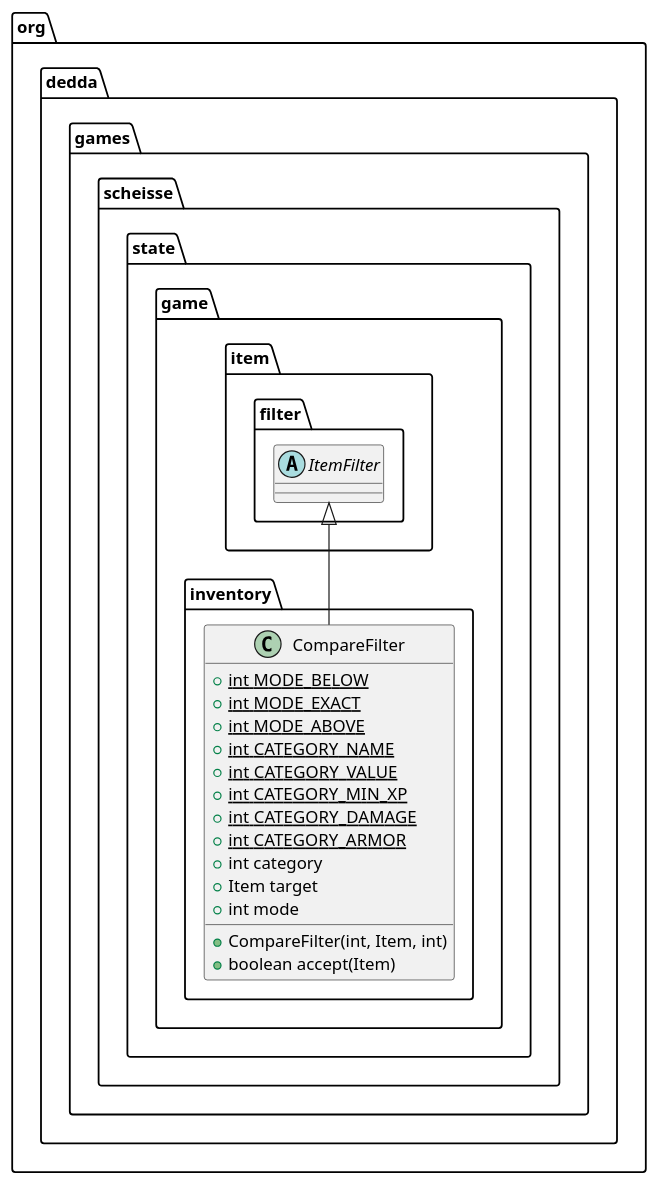
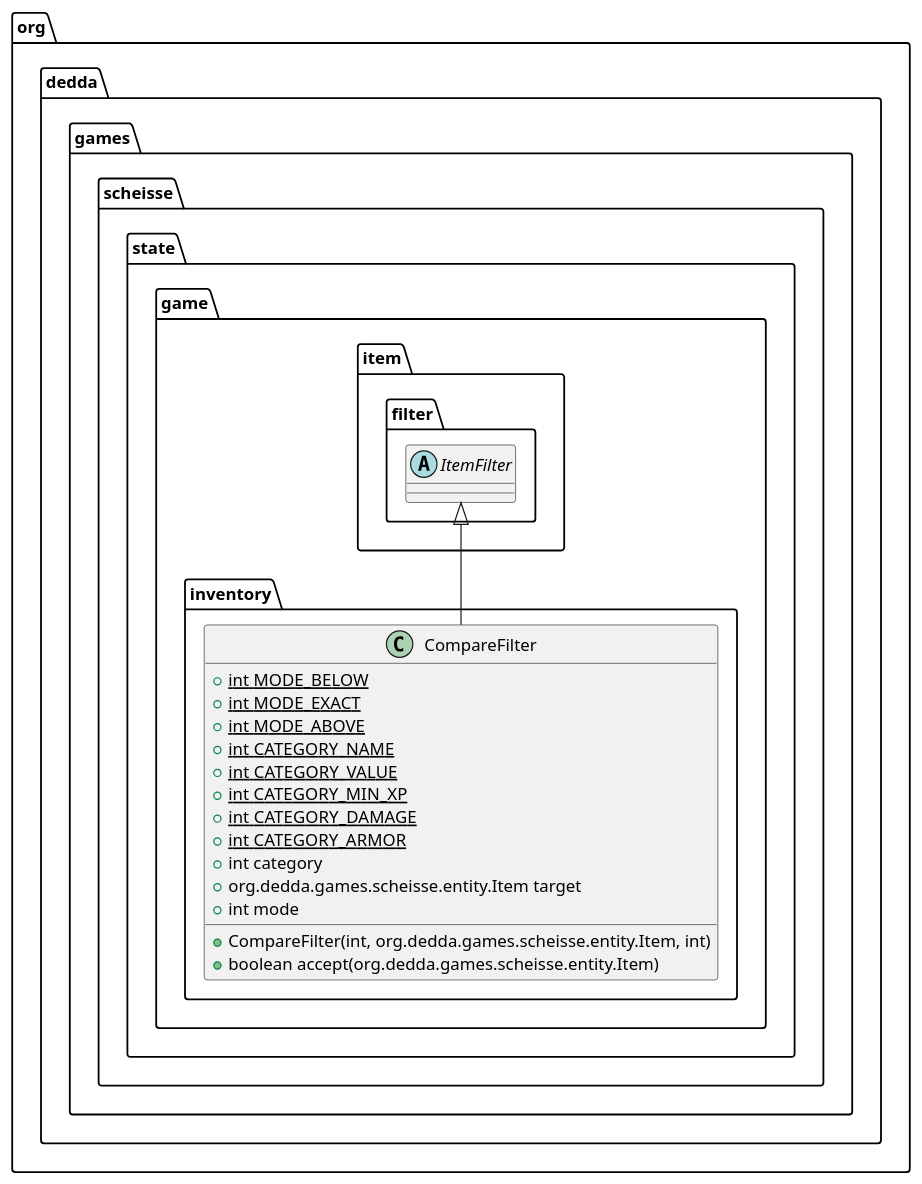
One commit to gitter-badger/scheisse changed the diagram in game/uml/classes/org.dedda.games.scheisse.state.game.inventory.CompareFilter.puml. Above: the diagram before and after it, drawn with PlantUML. The commit also changed 23 other files, not shown here.

```diff
--- a/game/uml/classes/org.dedda.games.scheisse.state.game.inventory.CompareFilter.puml
+++ b/game/uml/classes/org.dedda.games.scheisse.state.game.inventory.CompareFilter.puml
@@ -1,21 +1,21 @@
 @startuml
 abstract class org.dedda.games.scheisse.state.game.item.filter.ItemFilter
 
 class org.dedda.games.scheisse.state.game.inventory.CompareFilter{
     + {static} int MODE_BELOW
     + {static} int MODE_EXACT
     + {static} int MODE_ABOVE
     + {static} int CATEGORY_NAME
     + {static} int CATEGORY_VALUE
     + {static} int CATEGORY_MIN_XP
     + {static} int CATEGORY_DAMAGE
     + {static} int CATEGORY_ARMOR
     + int category
-    + Item target
+    + org.dedda.games.scheisse.entity.Item target
     + int mode
-    + CompareFilter(int, Item, int)
-    + boolean accept(Item)
+    + CompareFilter(int, org.dedda.games.scheisse.entity.Item, int)
+    + boolean accept(org.dedda.games.scheisse.entity.Item)
 }
 
 org.dedda.games.scheisse.state.game.item.filter.ItemFilter <|-- org.dedda.games.scheisse.state.game.inventory.CompareFilter
 @enduml
```
